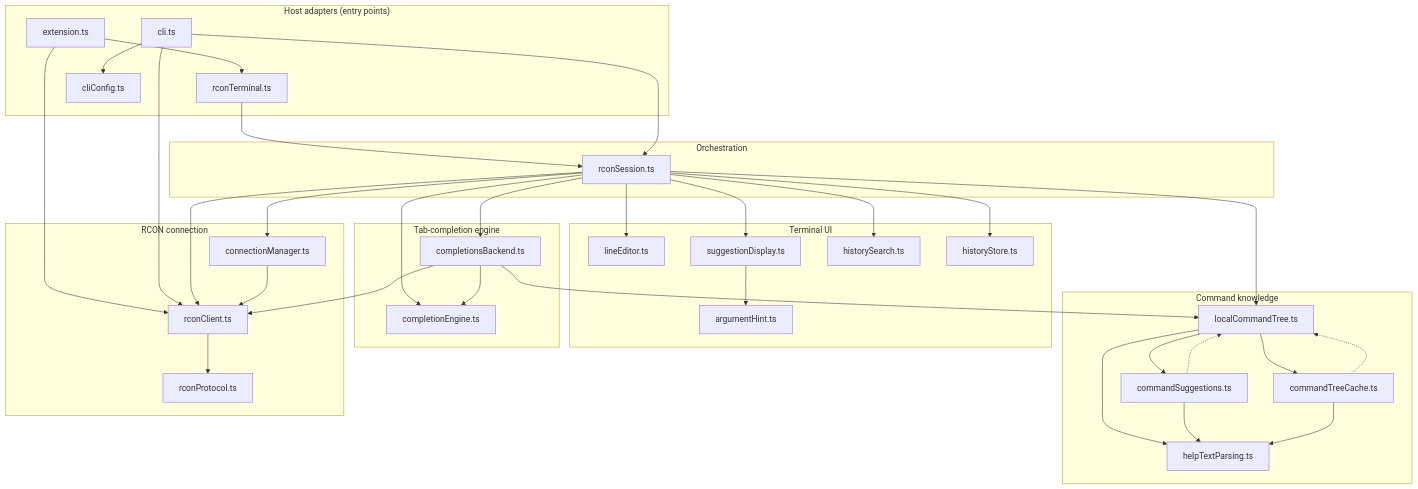
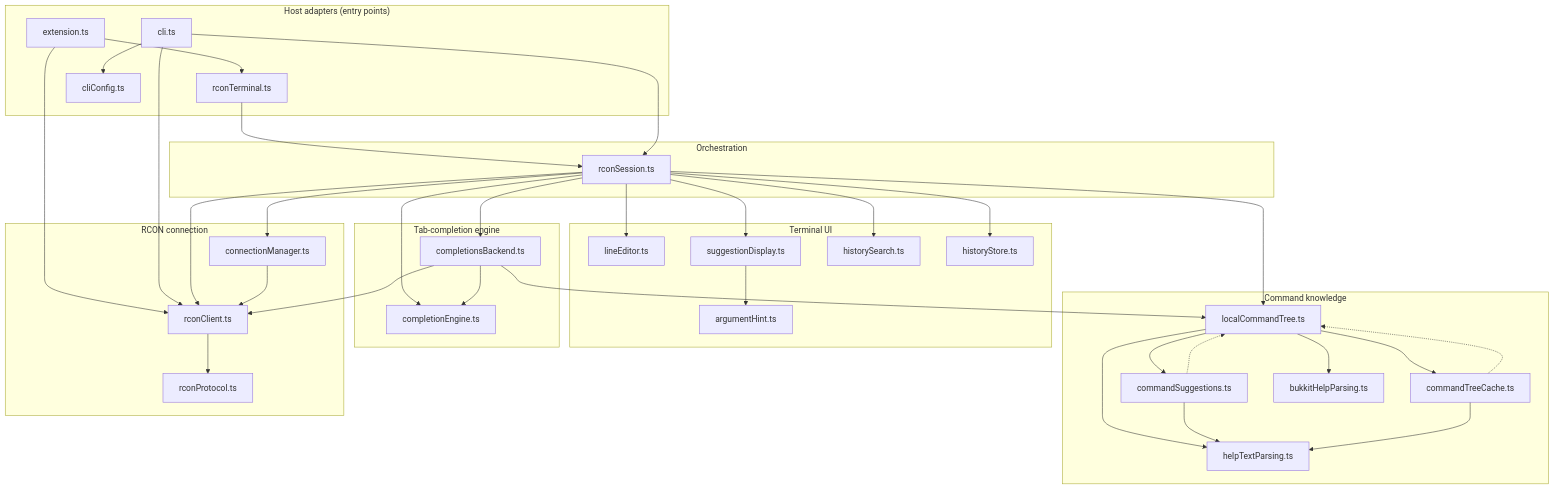
Before and after one commit to xton/minercon: the diagram in docs/ARCHITECTURE.md, drawn with Mermaid. The commit also changed other lines of this file and 12 other files, not shown here.

````diff
--- a/docs/ARCHITECTURE.md
+++ b/docs/ARCHITECTURE.md
@@ -85,73 +85,75 @@
 ```mermaid
 graph TD
     subgraph Adapters["Host adapters (entry points)"]
         extension[extension.ts]
         rconTerminal[rconTerminal.ts]
         cli[cli.ts]
         cliConfig[cliConfig.ts]
     end
 
     subgraph Orchestration
         rconSession[rconSession.ts]
     end
 
     subgraph UI["Terminal UI"]
         lineEditor[lineEditor.ts]
         suggestionDisplay[suggestionDisplay.ts]
         argumentHint[argumentHint.ts]
         historySearch[historySearch.ts]
         historyStore[historyStore.ts]
     end
 
     subgraph Completion["Tab-completion engine"]
         completionEngine[completionEngine.ts]
         completionsBackend[completionsBackend.ts]
     end
 
     subgraph Knowledge["Command knowledge"]
         localCommandTree[localCommandTree.ts]
         commandSuggestions[commandSuggestions.ts]
         commandTreeCache[commandTreeCache.ts]
         helpTextParsing[helpTextParsing.ts]
+        bukkitHelpParsing[bukkitHelpParsing.ts]
     end
 
     subgraph Connection["RCON connection"]
         connectionManager[connectionManager.ts]
         rconClient[rconClient.ts]
         rconProtocol[rconProtocol.ts]
     end
 
     extension --> rconTerminal
     extension --> rconClient
     rconTerminal --> rconSession
     cli --> rconSession
     cli --> cliConfig
     cli --> rconClient
 
     rconSession --> connectionManager
     rconSession --> lineEditor
     rconSession --> suggestionDisplay
     rconSession --> completionEngine
     rconSession --> completionsBackend
     rconSession --> localCommandTree
     rconSession --> historySearch
     rconSession --> historyStore
     rconSession --> rconClient
 
     suggestionDisplay --> argumentHint
 
     completionsBackend --> completionEngine
     completionsBackend --> localCommandTree
     completionsBackend --> rconClient
 
     localCommandTree --> commandSuggestions
     localCommandTree --> commandTreeCache
     localCommandTree --> helpTextParsing
+    localCommandTree --> bukkitHelpParsing
     commandSuggestions -.-> localCommandTree
     commandTreeCache -.-> localCommandTree
     commandSuggestions --> helpTextParsing
     commandTreeCache --> helpTextParsing
 
     connectionManager --> rconClient
     rconClient --> rconProtocol
 ```
````
